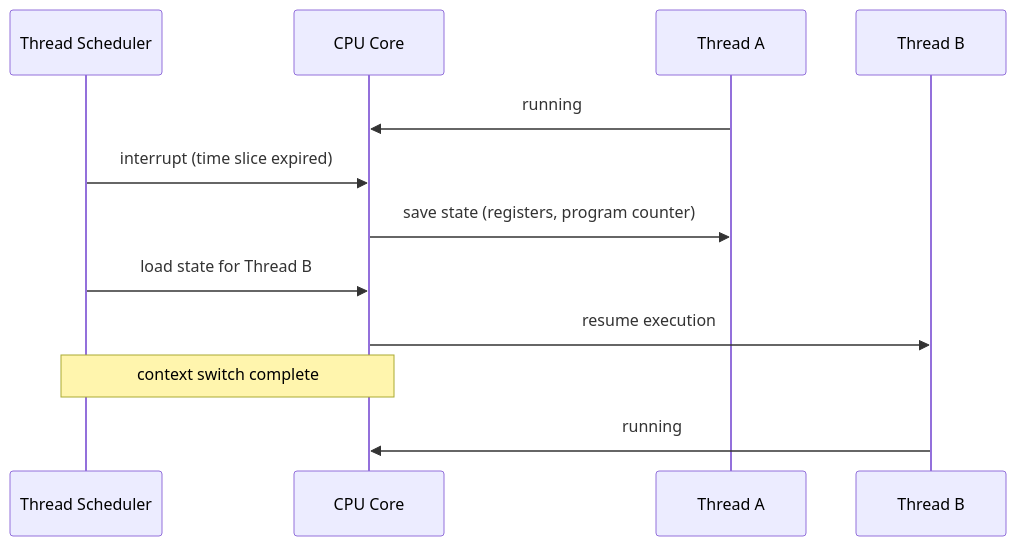
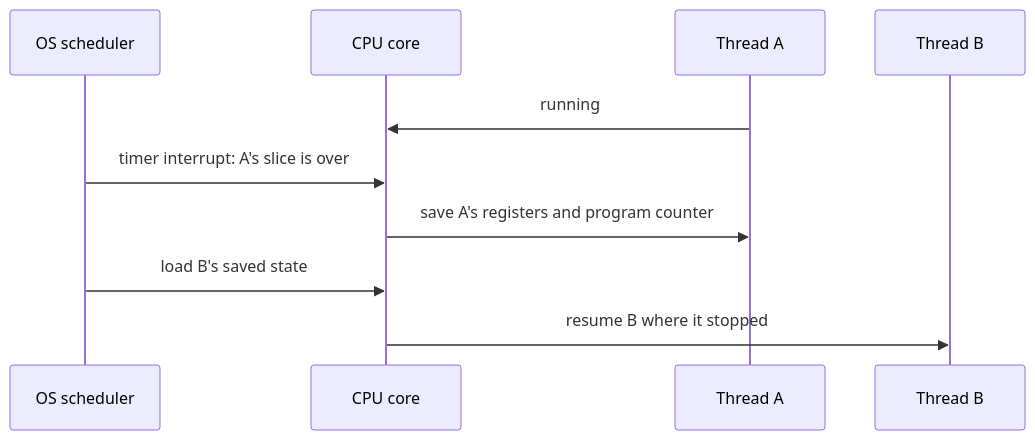
Before and after one commit to ani2fun/low-level-design-guide: the third of 4 diagrams in 06-multithreading-concurrency/01-basics-of-multithreading-concurrency.md, drawn with Mermaid. The commit also changed other lines of this file and 5 other files, not shown here.

````diff
--- a/06-multithreading-concurrency/01-basics-of-multithreading-concurrency.md
+++ b/06-multithreading-concurrency/01-basics-of-multithreading-concurrency.md
@@ -159,14 +165,12 @@
 ```mermaid
 sequenceDiagram
-    participant S as Thread Scheduler
-    participant C as CPU Core
+    participant S as OS scheduler
+    participant C as CPU core
     participant A as Thread A
     participant B as Thread B
     A->>C: running
-    S->>C: interrupt (time slice expired)
-    C->>A: save state (registers, program counter)
-    S->>C: load state for Thread B
-    C->>B: resume execution
-    Note over S,C: context switch complete
-    B->>C: running
+    S->>C: timer interrupt: A's slice is over
+    C->>A: save A's registers and program counter
+    S->>C: load B's saved state
+    C->>B: resume B where it stopped
 ```
````
